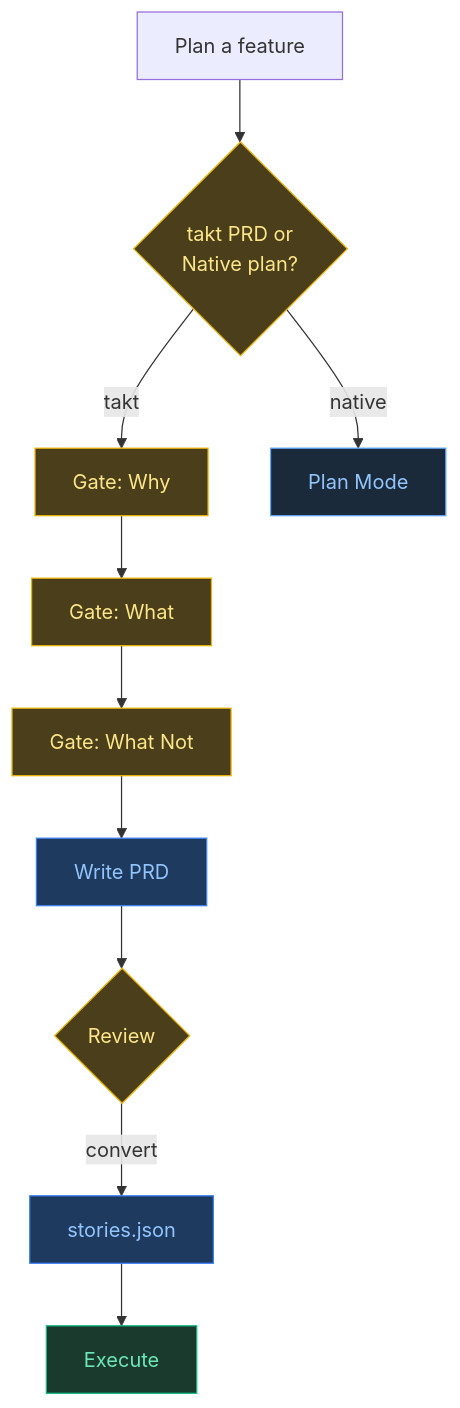
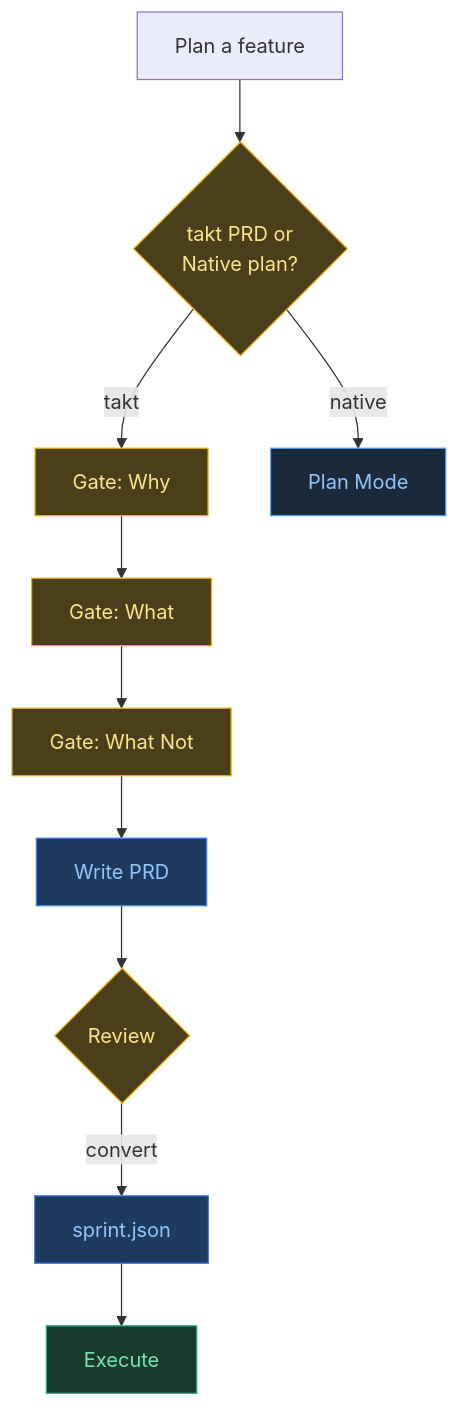
One commit to Sebstrdigital/takt changed the second of 3 diagrams in README.md. Above: the diagram before and after it, drawn with Mermaid. The commit also changed other lines of this file and 10 other files, not shown here.

Commit message:
feat: US-001 - rename stories.json to sprint.json across all prompt files

````diff
--- a/README.md
+++ b/README.md
@@ -45,22 +45,22 @@
 ```mermaid
 graph TD
     U["Plan a feature"] --> G{"takt PRD or\nNative plan?"}
     G -- "takt" --> W["Gate: Why"]
     G -- "native" --> NP["Plan Mode"]
     W --> WH["Gate: What"]
     WH --> WN["Gate: What Not"]
     WN --> P["Write PRD"]
     P --> R{"Review"}
-    R -- "convert" --> T["stories.json"]
+    R -- "convert" --> T["sprint.json"]
     T --> E["Execute"]
 
     style G fill:#4a3f1a,stroke:#eab308,color:#fde68a
     style W fill:#4a3f1a,stroke:#eab308,color:#fde68a
     style WH fill:#4a3f1a,stroke:#eab308,color:#fde68a
     style WN fill:#4a3f1a,stroke:#eab308,color:#fde68a
     style R fill:#4a3f1a,stroke:#eab308,color:#fde68a
     style P fill:#1e3a5f,stroke:#3b82f6,color:#93c5fd
     style T fill:#1e3a5f,stroke:#3b82f6,color:#93c5fd
     style E fill:#1a3a2e,stroke:#10b981,color:#6ee7b7
     style NP fill:#1a2a3a,stroke:#60a5fa,color:#93c5fd
 ```
````
